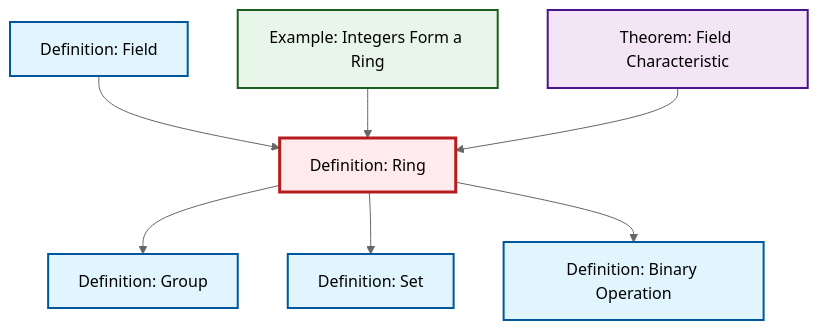
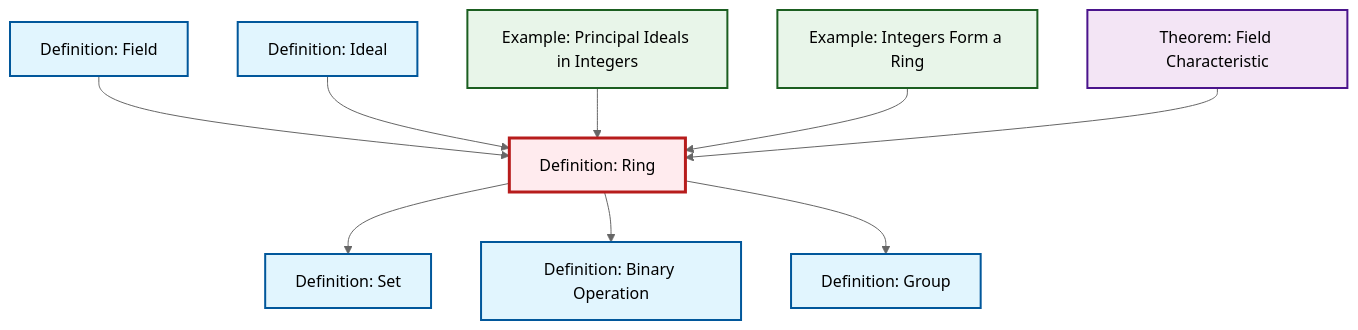
The diagram in content/en/algebra/def-ring.qmd (RK0429/ModernMath), drawn with Mermaid (neutral theme) before and after one commit. The commit also changed 530 other files, not shown here.

````diff
--- a/content/en/algebra/def-ring.qmd
+++ b/content/en/algebra/def-ring.qmd
@@ -59,29 +59,35 @@
 ```{mermaid}
 %%| fig-cap: "Local dependency graph"
 graph TD
     classDef definition fill:#e1f5fe,stroke:#01579b,stroke-width:2px
     classDef theorem fill:#f3e5f5,stroke:#4a148c,stroke-width:2px
     classDef axiom fill:#fff3e0,stroke:#e65100,stroke-width:2px
     classDef example fill:#e8f5e9,stroke:#1b5e20,stroke-width:2px
     classDef current fill:#ffebee,stroke:#b71c1c,stroke-width:3px
+    def-ideal["Definition: Ideal"]:::definition
+    def-set["Definition: Set"]:::definition
+    def-group["Definition: Group"]:::definition
+    def-field["Definition: Field"]:::definition
+    thm-field-characteristic["Theorem: Field Characteristic"]:::theorem
     def-ring["Definition: Ring"]:::definition
-    def-set["Definition: Set"]:::definition
-    def-field["Definition: Field"]:::definition
+    ex-principal-ideal["Example: Principal Ideals in Integers"]:::example
+    ex-integers-ring["Example: Integers Form a Ring"]:::example
     def-binary-operation["Definition: Binary Operation"]:::definition
-    def-group["Definition: Group"]:::definition
-    ex-integers-ring["Example: Integers Form a Ring"]:::example
-    thm-field-characteristic["Theorem: Field Characteristic"]:::theorem
-    def-ring --> def-group
     def-ring --> def-set
-    def-ring --> def-binary-operation
     def-field --> def-ring
+    def-ideal --> def-ring
+    ex-principal-ideal --> def-ring
     ex-integers-ring --> def-ring
     thm-field-characteristic --> def-ring
+    def-ring --> def-binary-operation
+    def-ring --> def-group
     class def-ring current
+    click def-ideal "def-ideal.html" "Go to Ideal definition"
     click def-set "def-set.html" "Go to Set definition"
+    click def-group "def-group.html" "Go to Group definition"
     click def-field "def-field.html" "Go to Field definition"
+    click thm-field-characteristic "thm-field-characteristic.html" "Go to Field Characteristic theorem"
+    click ex-principal-ideal "ex-principal-ideal.html" "Go to Principal Ideals in Integers example"
+    click ex-integers-ring "ex-integers-ring.html" "Go to Integers Form a Ring example"
     click def-binary-operation "def-binary-operation.html" "Go to Binary Operation definition"
-    click def-group "def-group.html" "Go to Group definition"
-    click ex-integers-ring "ex-integers-ring.html" "Go to Integers Form a Ring example"
-    click thm-field-characteristic "thm-field-characteristic.html" "Go to Field Characteristic theorem"
 ```
````
